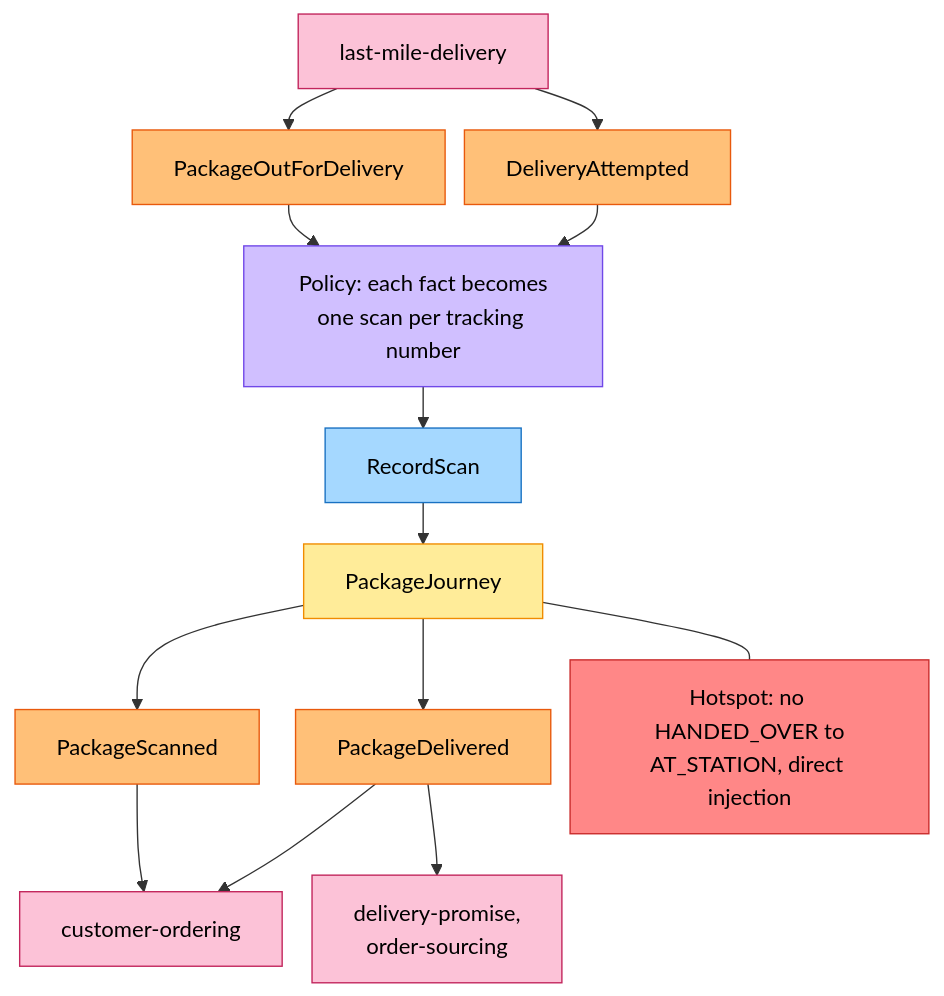
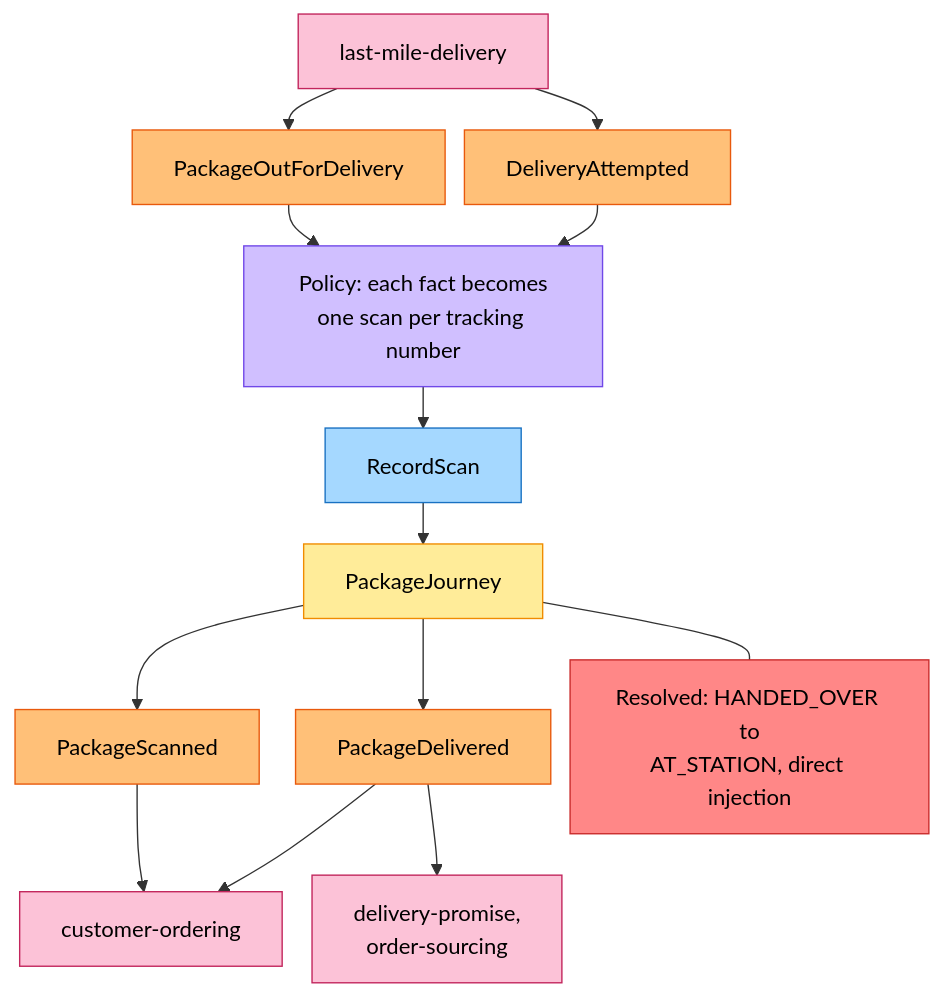
One commit to IQVO/warehouse-docs changed the fourth of 5 diagrams in network/docs/contexts/shipping-and-tracking/eventstorming.md. Above: the diagram before and after it, drawn with Mermaid. The commit also changed other lines of this file and 125 other files, not shown here.

````diff
--- a/network/docs/contexts/shipping-and-tracking/eventstorming.md
+++ b/network/docs/contexts/shipping-and-tracking/eventstorming.md
@@ -166,34 +166,34 @@
 ```mermaid
 %%{init: {"flowchart": {"nodeSpacing": 14, "rankSpacing": 30}}}%%
 flowchart TB
     LM["last-mile-delivery"]:::external
     F4["PackageOutForDelivery"]:::event
     F5["DeliveryAttempted"]:::event
     P0["Policy: each fact becomes<br/>one scan per tracking number"]:::policy
     C1["RecordScan"]:::command
     G1["PackageJourney"]:::aggregate
     E1["PackageScanned"]:::event
     E3["PackageDelivered"]:::event
     DS["delivery-promise,<br/>order-sourcing"]:::external
     CO["customer-ordering"]:::external
-    H2["Hotspot: no HANDED_OVER to<br/>AT_STATION, direct injection"]:::hotspot
+    H2["Resolved: HANDED_OVER to<br/>AT_STATION, direct injection"]:::hotspot
     LM --> F4
     LM --> F5
     F4 --> P0
     F5 --> P0
     P0 --> C1
     C1 --> G1
     G1 --> E1
     G1 --> E3
     E1 --> CO
     E3 --> DS
     E3 --> CO
     G1 --- H2
     classDef command fill:#a5d8ff,stroke:#1971c2,color:#000
     classDef aggregate fill:#ffec99,stroke:#f08c00,color:#000
     classDef event fill:#ffc078,stroke:#e8590c,color:#000
     classDef policy fill:#d0bfff,stroke:#7048e8,color:#000
     classDef readmodel fill:#b2f2bb,stroke:#2f9e44,color:#000
     classDef external fill:#fcc2d7,stroke:#c2255c,color:#000
     classDef hotspot fill:#ff8787,stroke:#c92a2a,color:#000
 ```
````
